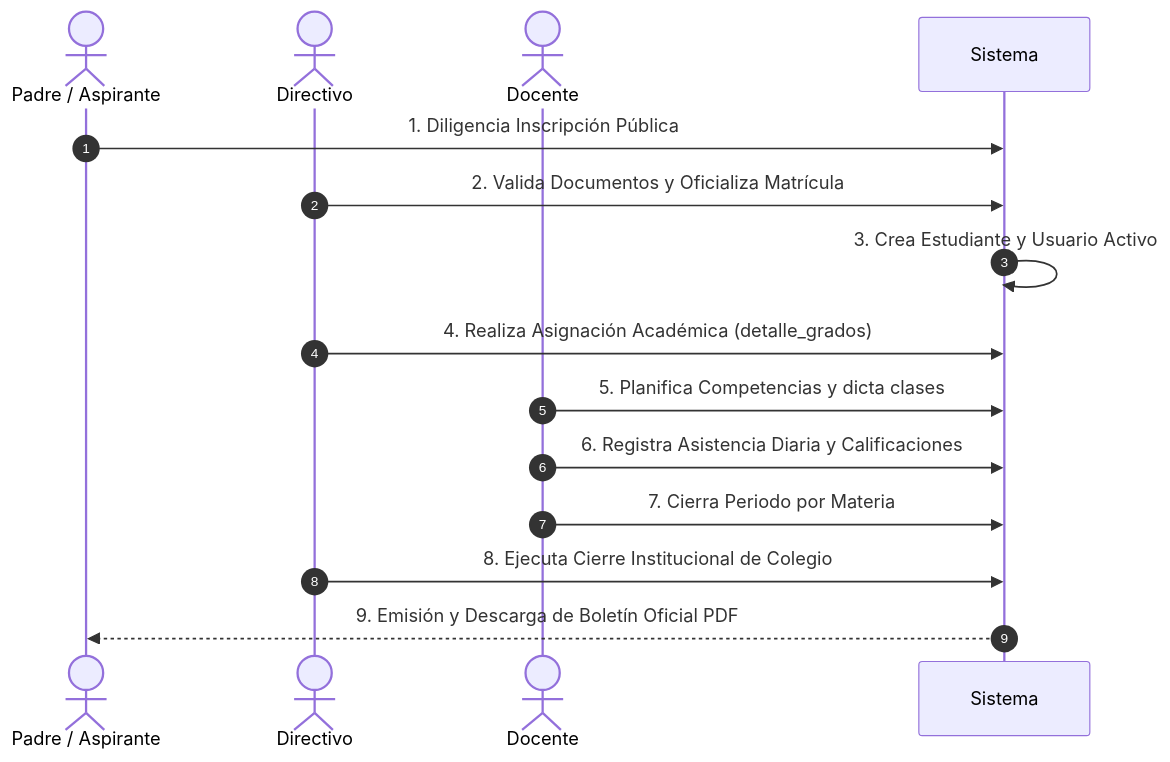
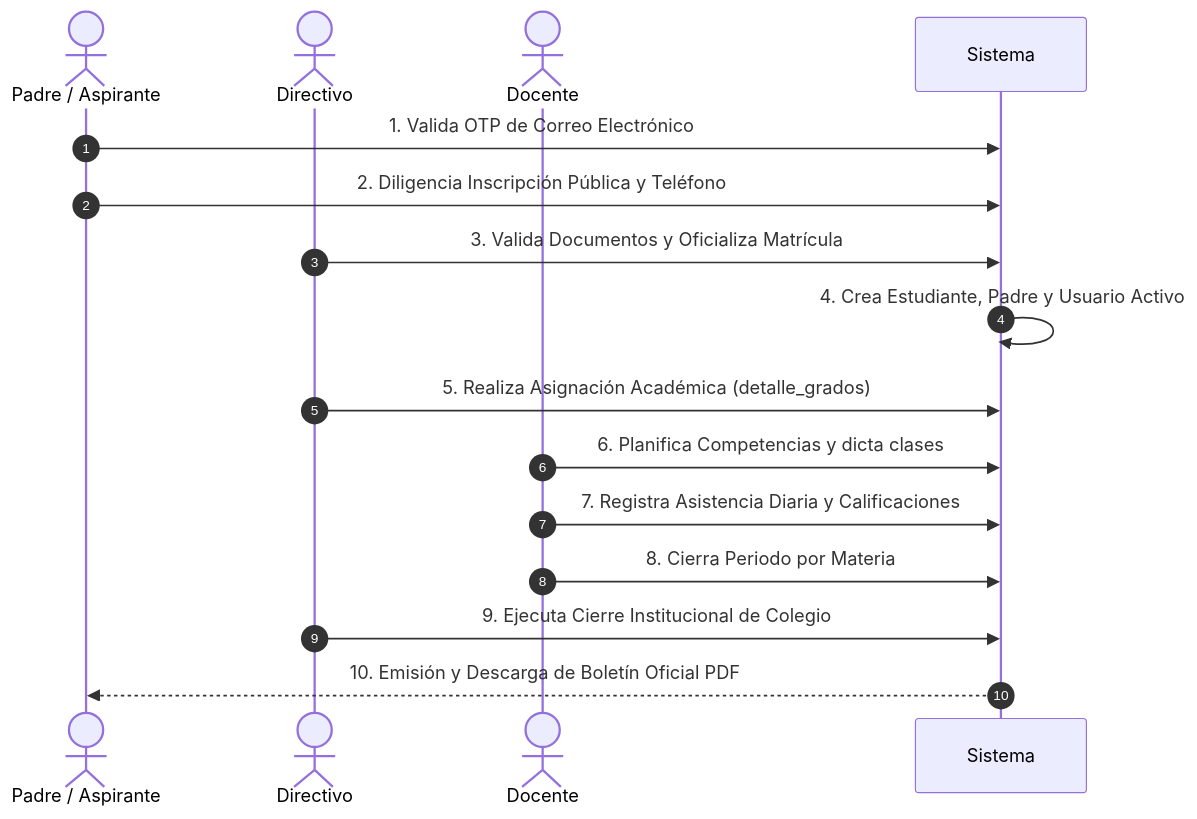
Before and after one commit to DanExl24/AcademiaNeiva: the third of 3 diagrams in guides/AcademiaNeiva_Documentacion_Tecnica_Integral.md, drawn with Mermaid. The commit also changed other lines of this file and 1 other file, not shown here.

````diff
--- a/guides/AcademiaNeiva_Documentacion_Tecnica_Integral.md
+++ b/guides/AcademiaNeiva_Documentacion_Tecnica_Integral.md
@@ -217,20 +248,21 @@
 ```mermaid
 sequenceDiagram
     autonumber
     actor Padre as Padre / Aspirante
     actor Directivo
     actor Docente
     participant Sistema
     
-    Padre->>Sistema: 1. Diligencia Inscripción Pública
-    Directivo->>Sistema: 2. Valida Documentos y Oficializa Matrícula
-    Sistema->>Sistema: 3. Crea Estudiante y Usuario Activo
+    Padre->>Sistema: 1. Valida OTP de Correo Electrónico
+    Padre->>Sistema: 2. Diligencia Inscripción Pública y Teléfono
+    Directivo->>Sistema: 3. Valida Documentos y Oficializa Matrícula
+    Sistema->>Sistema: 4. Crea Estudiante, Padre y Usuario Activo
     
-    Directivo->>Sistema: 4. Realiza Asignación Académica (detalle_grados)
-    Docente->>Sistema: 5. Planifica Competencias y dicta clases
-    Docente->>Sistema: 6. Registra Asistencia Diaria y Calificaciones
+    Directivo->>Sistema: 5. Realiza Asignación Académica (detalle_grados)
+    Docente->>Sistema: 6. Planifica Competencias y dicta clases
+    Docente->>Sistema: 7. Registra Asistencia Diaria y Calificaciones
     
-    Docente->>Sistema: 7. Cierra Periodo por Materia
-    Directivo->>Sistema: 8. Ejecuta Cierre Institucional de Colegio
-    Sistema-->>Padre: 9. Emisión y Descarga de Boletín Oficial PDF
+    Docente->>Sistema: 8. Cierra Periodo por Materia
+    Directivo->>Sistema: 9. Ejecuta Cierre Institucional de Colegio
+    Sistema-->>Padre: 10. Emisión y Descarga de Boletín Oficial PDF
 ```
````
